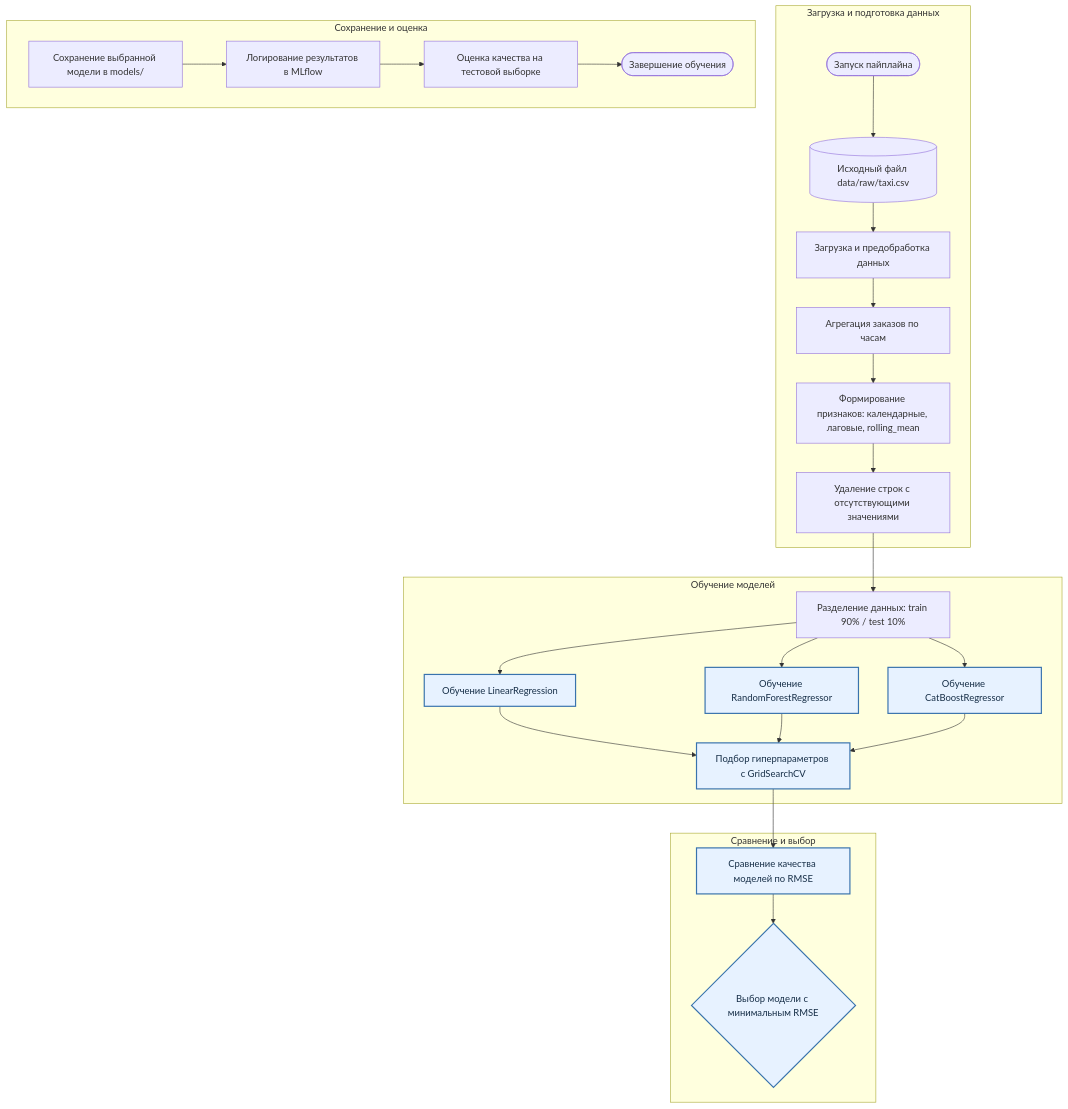
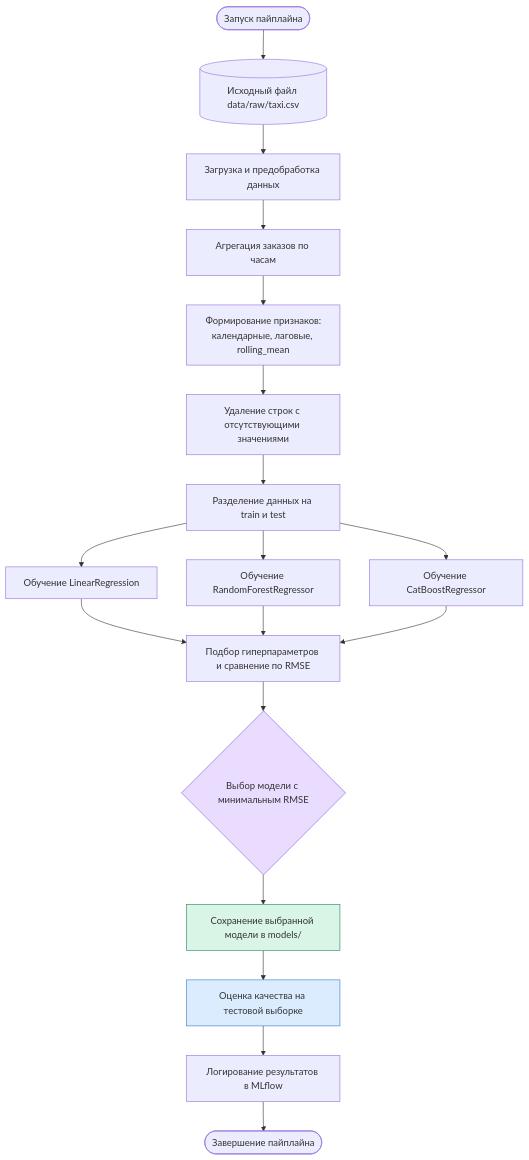
The second of 2 diagrams in Model_BPMN.md (sidagor/drobkov-bogdan-mlops-taxi-forecast), drawn with Mermaid before and after one commit.

````diff
--- a/Model_BPMN.md
+++ b/Model_BPMN.md
@@ -137,46 +137,42 @@
 ```mermaid
-flowchart TB
-    subgraph DATA["Загрузка и подготовка данных"]
-        A(["Запуск пайплайна"])
-        B[("Исходный файл data/raw/taxi.csv")]
-        C["Загрузка и предобработка данных"]
-        D["Агрегация заказов по часам"]
-        E["Формирование признаков: календарные, лаговые, rolling_mean"]
-        F["Удаление строк с отсутствующими значениями"]
-        A --> B --> C --> D --> E --> F
-    end
+flowchart TD
+    A(["Запуск пайплайна"])
+    B[("Исходный файл data/raw/taxi.csv")]
+    C["Загрузка и предобработка данных"]
+    D["Агрегация заказов по часам"]
+    E["Формирование признаков:<br/>календарные, лаговые, rolling_mean"]
+    F["Удаление строк с отсутствующими значениями"]
+    G["Разделение данных на train и test"]
 
-    subgraph TRAIN["Обучение моделей"]
-        G["Разделение данных: train 90% / test 10%"]
-        H["Обучение LinearRegression"]
-        I["Обучение RandomForestRegressor"]
-        J["Обучение CatBoostRegressor"]
-        K["Подбор гиперпараметров с GridSearchCV"]
-        G --> H
-        G --> I
-        G --> J
-        H --> K
-        I --> K
-        J --> K
-    end
+    H["Обучение LinearRegression"]
+    I["Обучение RandomForestRegressor"]
+    J["Обучение CatBoostRegressor"]
 
-    subgraph SELECT["Сравнение и выбор"]
-        L["Сравнение качества моделей по RMSE"]
-        M{"Выбор модели с минимальным RMSE"}
-        L --> M
-    end
+    K["Подбор гиперпараметров и сравнение по RMSE"]
+    L{"Выбор модели с минимальным RMSE"}
 
-    subgraph RESULT["Сохранение и оценка"]
-        N["Сохранение выбранной модели в models/"]
-        O["Логирование результатов в MLflow"]
-        P["Оценка качества на тестовой выборке"]
-        Q(["Завершение обучения"])
-        N --> O --> P --> Q
-    end
+    M["Сохранение выбранной модели в models/"]
+    N["Оценка качества на тестовой выборке"]
+    O["Логирование результатов в MLflow"]
+    P(["Завершение пайплайна"])
 
-    F --> G
+    A --> B --> C --> D --> E --> F --> G
+
+    G --> H
+    G --> I
+    G --> J
+
+    H --> K
+    I --> K
+    J --> K
+
     K --> L
+    L --> M
+    M --> N
+    N --> O
+    O --> P
 
-    classDef ml fill:#e7f2ff,stroke:#3973ad,color:#172f48,stroke-width:2px
-    class H,I,J,K,L,M ml
+    style L fill:#eadcff,stroke:#805ad5
+    style M fill:#d9f5e5,stroke:#25845b
+    style N fill:#dcecff,stroke:#3478c8
 ```
````
